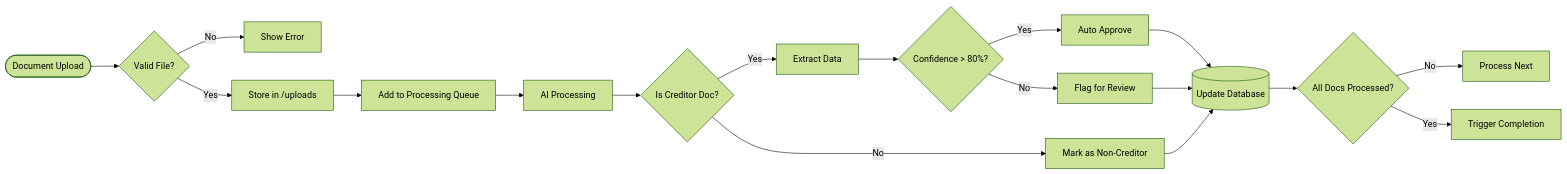
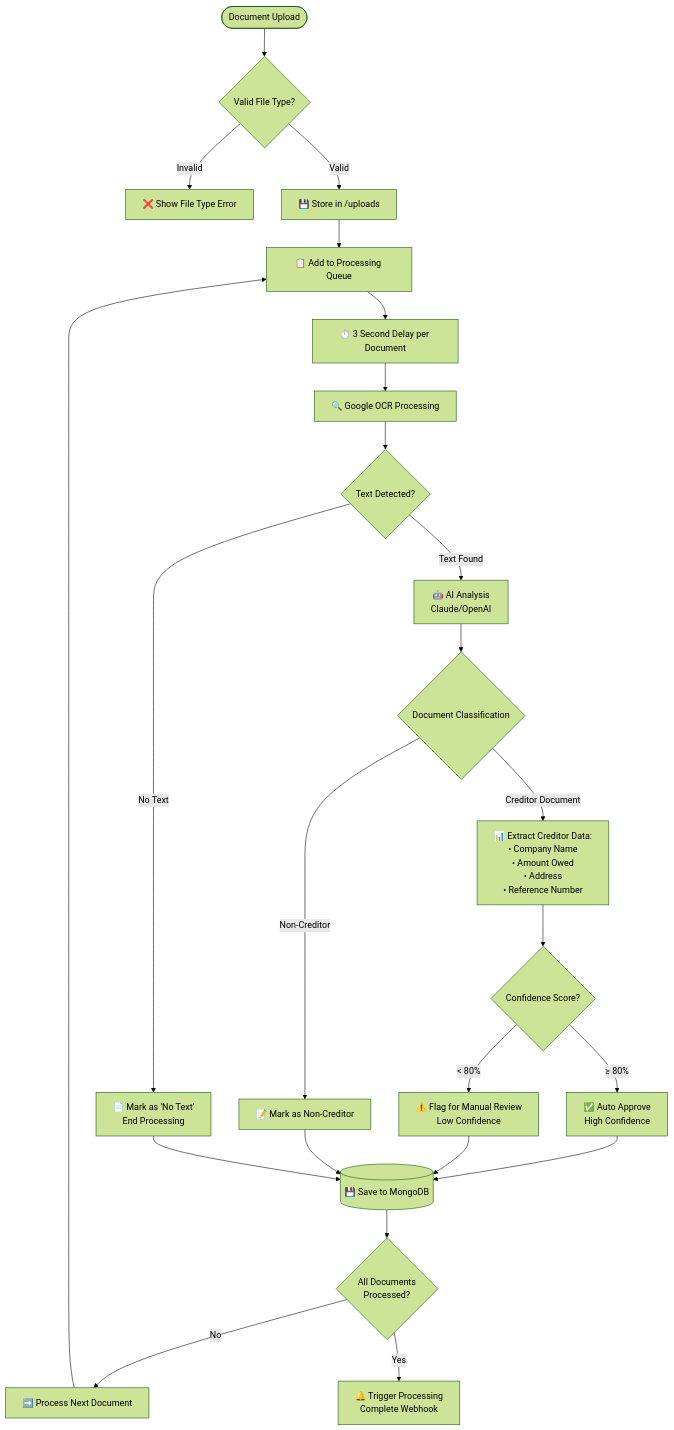
Before and after one commit to justLukaBB/mandanten-portal: the second of 9 diagrams in FLOWCHART.md, drawn with Mermaid (forest theme). The commit also changed other lines of this file and 7 other files, not shown here.

First line of the commit message:
Add comprehensive interactive system flowcharts and documentation

````diff
--- a/FLOWCHART.md
+++ b/FLOWCHART.md
@@ -57,25 +92,33 @@
 ```mermaid
-graph LR
-    Upload([Document Upload]) --> Validate{Valid File?}
-    Validate -->|No| Error[Show Error]
-    Validate -->|Yes| Store[Store in /uploads]
+graph TB
+    Upload([Document Upload]) --> Validate{Valid File Type?}
+    Validate -->|Invalid| ShowError[❌ Show File Type Error]
+    Validate -->|Valid| Store[💾 Store in /uploads]
     
-    Store --> Queue[Add to Processing Queue]
-    Queue --> AI[AI Processing]
+    Store --> Queue[📋 Add to Processing Queue]
+    Queue --> Delay[⏱️ 3 Second Delay per Document]
+    Delay --> OCR[🔍 Google OCR Processing]
     
-    AI --> Classification{Is Creditor Doc?}
-    Classification -->|No| MarkNonCreditor[Mark as Non-Creditor]
-    Classification -->|Yes| Extract[Extract Data]
+    OCR --> TextCheck{Text Detected?}
+    TextCheck -->|No Text| NoTextEnd[📄 Mark as 'No Text'<br/>End Processing]
+    TextCheck -->|Text Found| AIAnalysis[🤖 AI Analysis<br/>Claude/OpenAI]
     
-    Extract --> Confidence{Confidence > 80%?}
-    Confidence -->|Yes| AutoApprove[Auto Approve]
-    Confidence -->|No| FlagReview[Flag for Review]
+    AIAnalysis --> DocumentType{Document Classification}
+    DocumentType -->|Creditor Document| ExtractData[📊 Extract Creditor Data:<br/>• Company Name<br/>• Amount Owed<br/>• Address<br/>• Reference Number]
+    DocumentType -->|Non-Creditor| MarkNonCreditor[📝 Mark as Non-Creditor]
     
-    AutoApprove --> UpdateDB[(Update Database)]
-    FlagReview --> UpdateDB
-    MarkNonCreditor --> UpdateDB
+    ExtractData --> ConfidenceCheck{Confidence Score?}
+    ConfidenceCheck -->|≥ 80%| AutoApprove[✅ Auto Approve<br/>High Confidence]
+    ConfidenceCheck -->|< 80%| ManualReview[⚠️ Flag for Manual Review<br/>Low Confidence]
     
-    UpdateDB --> CheckAll{All Docs Processed?}
-    CheckAll -->|No| NextDoc[Process Next]
-    CheckAll -->|Yes| TriggerWebhook[Trigger Completion]
+    AutoApprove --> SaveToDB[(💾 Save to MongoDB)]
+    ManualReview --> SaveToDB
+    MarkNonCreditor --> SaveToDB
+    NoTextEnd --> SaveToDB
+    
+    SaveToDB --> CheckAllDocs{All Documents<br/>Processed?}
+    CheckAllDocs -->|No| NextDocument[➡️ Process Next Document]
+    CheckAllDocs -->|Yes| TriggerWebhook[🔔 Trigger Processing<br/>Complete Webhook]
+    
+    NextDocument --> Queue
 ```
````
